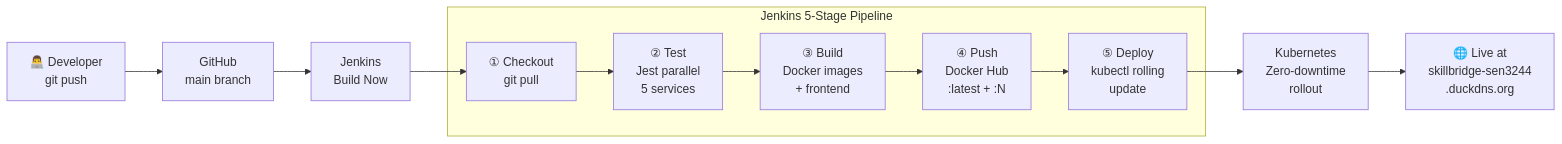
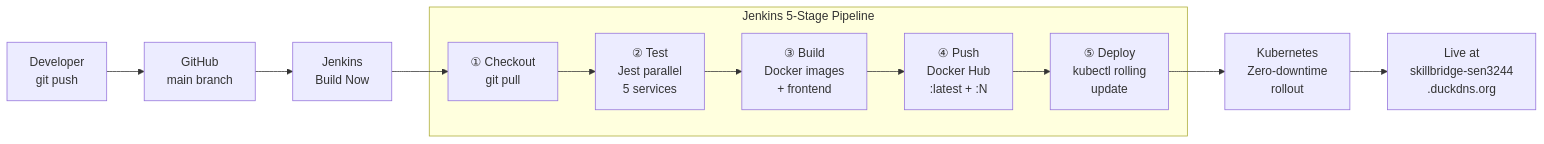
The sixth of 6 diagrams in Readme.md (Asongwelewis/Skill-Bridge), drawn with Mermaid before and after one commit. The commit also changed other lines of this file, not shown here.

````diff
--- a/Readme.md
+++ b/Readme.md
@@ -398,17 +398,17 @@
 ```mermaid
 graph LR
-    DEV["👨‍💻 Developer\ngit push"] --> GH["GitHub\nmain branch"]
+    DEV[" Developer\ngit push"] --> GH["GitHub\nmain branch"]
     GH --> JENKINS["Jenkins\nBuild Now"]
 
     subgraph PIPELINE["Jenkins 5-Stage Pipeline"]
         C["① Checkout\ngit pull"] --> T
         T["② Test\nJest parallel\n5 services"] --> B
         B["③ Build\nDocker images\n+ frontend"] --> P
         P["④ Push\nDocker Hub\n:latest + :N"] --> D
         D["⑤ Deploy\nkubectl rolling\nupdate"]
     end
 
     JENKINS --> C
     D --> K8S["Kubernetes\nZero-downtime\nrollout"]
-    K8S --> LIVE["🌐 Live at\nskillbridge-sen3244\n.duckdns.org"]
+    K8S --> LIVE[" Live at\nskillbridge-sen3244\n.duckdns.org"]
 ```
````
